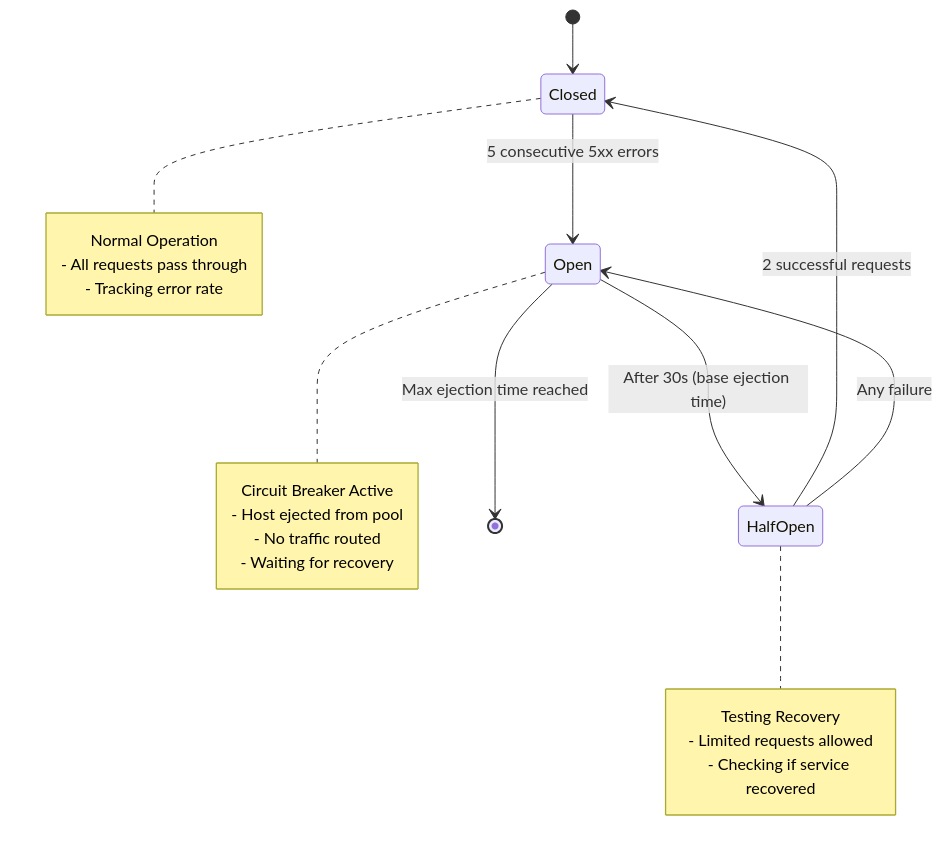
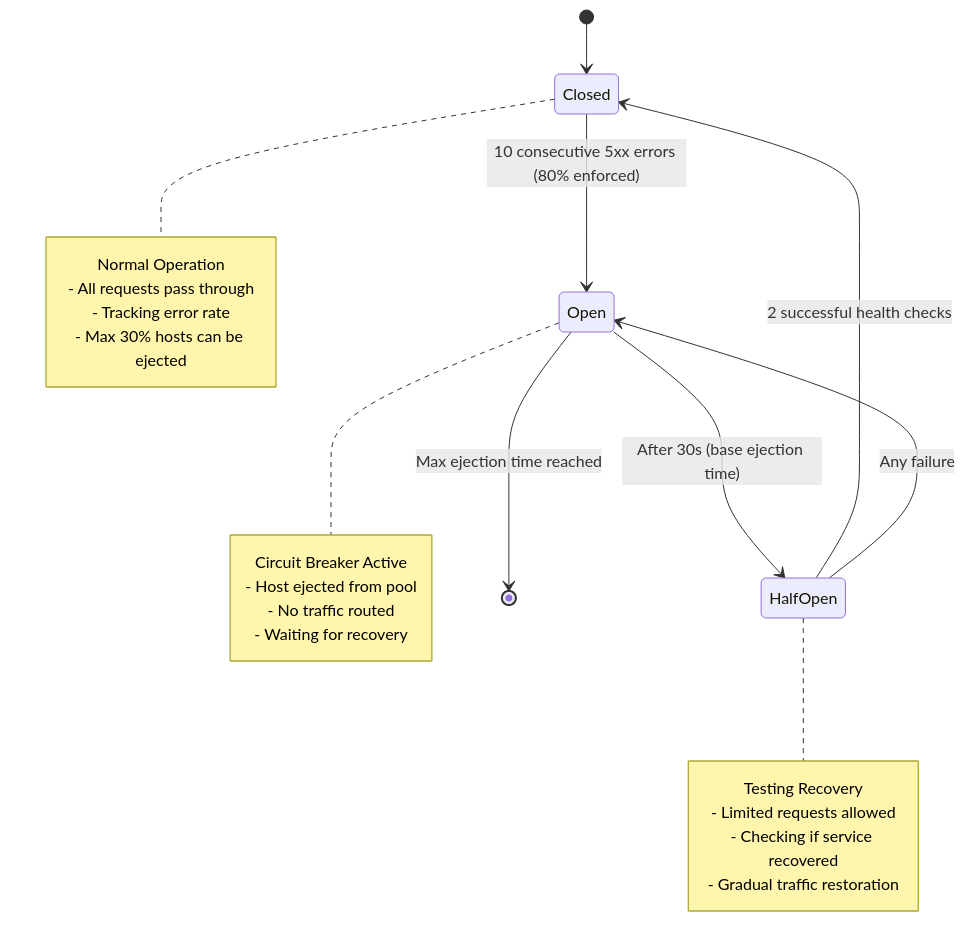
Before and after one commit to ScrambledBits/envoy-example: the fourth of 9 diagrams in README.md, drawn with Mermaid. The commit also changed other lines of this file and 2 other files, not shown here.

````diff
--- a/README.md
+++ b/README.md
@@ -130,28 +132,30 @@
 ```mermaid
 stateDiagram-v2
     [*] --> Closed
-    Closed --> Open: 5 consecutive 5xx errors
+    Closed --> Open: 10 consecutive 5xx errors (80% enforced)
     Open --> HalfOpen: After 30s (base ejection time)
-    HalfOpen --> Closed: 2 successful requests
+    HalfOpen --> Closed: 2 successful health checks
     HalfOpen --> Open: Any failure
     Open --> [*]: Max ejection time reached
 
     note right of Closed
         Normal Operation
         - All requests pass through
         - Tracking error rate
+        - Max 30% hosts can be ejected
     end note
 
     note right of Open
         Circuit Breaker Active
         - Host ejected from pool
         - No traffic routed
         - Waiting for recovery
     end note
 
     note right of HalfOpen
         Testing Recovery
         - Limited requests allowed
         - Checking if service recovered
+        - Gradual traffic restoration
     end note
 ```
````
